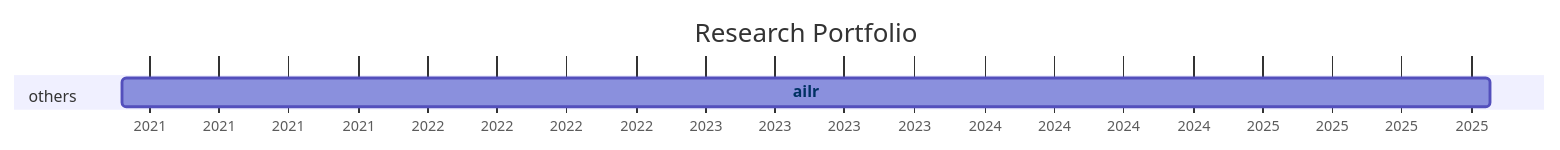
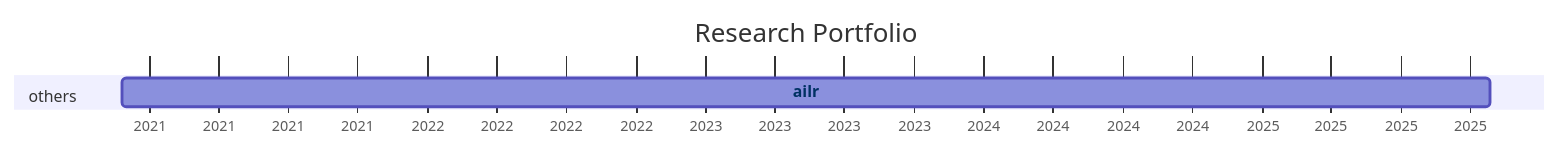
Before and after one commit to digital-work-lab/handbook: the diagram in docs/20-research/25-projects-gantt.md, drawn with Mermaid. The commit also changed 1 other file, not shown here.

Commit message:
Update repository overview

````diff
--- a/docs/20-research/25-projects-gantt.md
+++ b/docs/20-research/25-projects-gantt.md
@@ -8,21 +8,21 @@
 ```mermaid
 ---
 displayMode: compact
 ---
 gantt
 title Research Portfolio
 dateFormat YYYY-MM-DD
 axisFormat %Y
 
     section work_practices
 
     section distributed_organizing
 
     section knowledge_synthesis
 
     section others
-        ailr :ailr, 2020-11-26, 2025-10-26
+        ailr :ailr, 2020-11-26, 2025-10-27
 
 
     click ailr href "{{ site.baseurl }}/docs/10-lab/18-resources/ailr.html"
 ```
````
